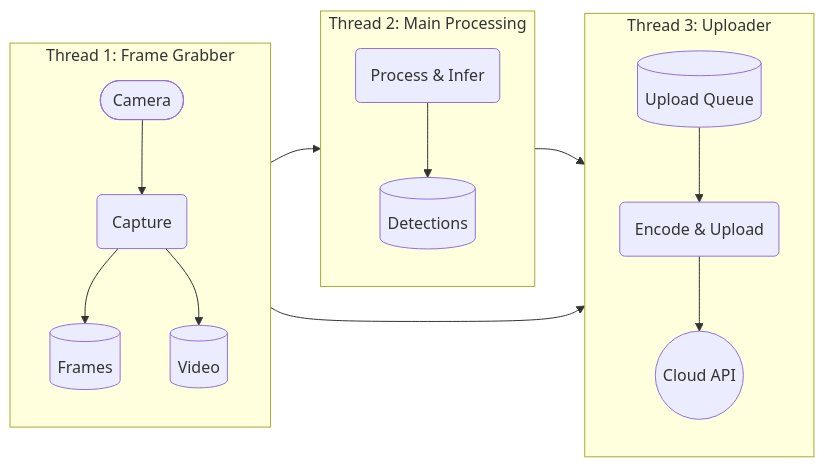
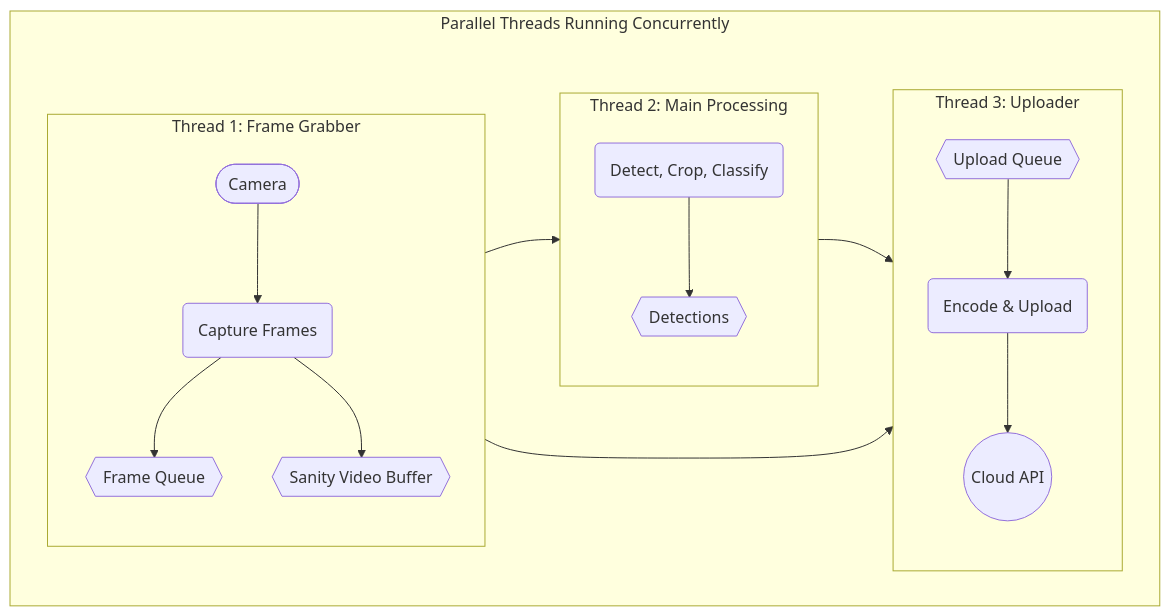
The diagram in README.md (orlandocloss/twostage-hailo-inference), drawn with Mermaid before and after one commit.

Commit message:
graph clean up

````diff
--- a/README.md
+++ b/README.md
@@ -45,26 +45,30 @@
 ```mermaid
-graph LR
-    subgraph "Thread 1: Frame Grabber"
-        direction TB
-        Cam([Camera]) --> T1(Capture)
-        T1 --> FQ[(Frames)]
-        T1 --> VB[(Video)]
+graph TD
+    subgraph "Parallel Threads Running Concurrently"
+        direction LR
+        
+        subgraph "Thread 1: Frame Grabber"
+            direction TB
+            Cam([Camera]) --> T1(Capture Frames);
+            T1 --> FQ{{Frame Queue}};
+            T1 --> SVB{{Sanity Video Buffer}};
+        end
+
+        subgraph "Thread 2: Main Processing"
+            direction TB
+            T2("Detect, Crop, Classify");
+            FQ --> T2;
+            T2 --> DB{{Detections}};
+        end
+        
+        subgraph "Thread 3: Uploader"
+            direction TB
+            T3(Encode & Upload);
+            UQ{{Upload Queue}} --> T3;
+            T3 --> Cloud((Cloud API));
+        end
     end
 
-    subgraph "Thread 2: Main Processing"
-        direction TB
-        T2(Process & Infer)
-        FQ --> T2
-        T2 --> DB[(Detections)]
-    end
-    
-    subgraph "Thread 3: Uploader"
-        direction TB
-        T3(Encode & Upload)
-        UQ[(Upload Queue)] --> T3
-        T3 --> Cloud((Cloud API))
-    end
-
-    DB --> UQ
-    VB --> UQ
+    DB --> UQ;
+    SVB --> UQ;
 ```
````
